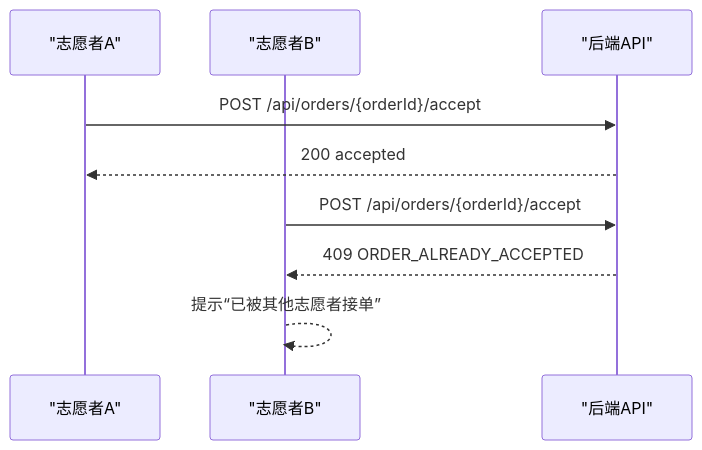
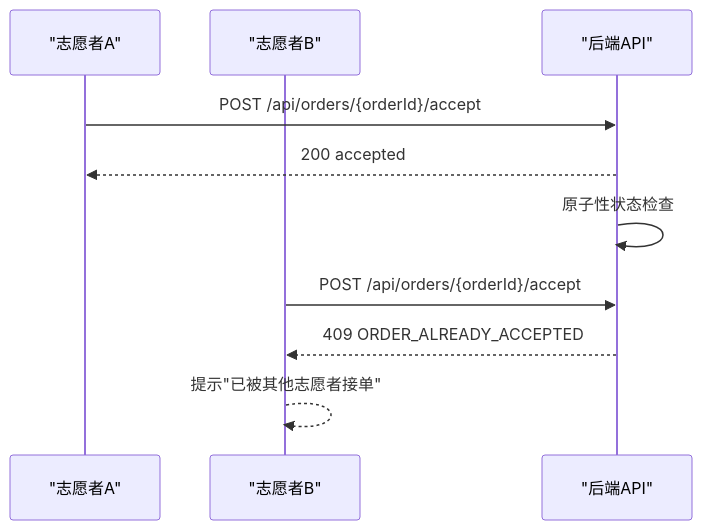
The fourth of 11 diagrams in .qoder/repowiki/zh/content/核心功能模块/志愿者功能/接单服务流程.md (Jayden23018/blind-run-ios), drawn with Mermaid before and after one commit. The commit also changed other lines of this file and 15 other files, not shown here.

````diff
--- a/.qoder/repowiki/zh/content/核心功能模块/志愿者功能/接单服务流程.md
+++ b/.qoder/repowiki/zh/content/核心功能模块/志愿者功能/接单服务流程.md
@@ -189,11 +218,12 @@
 ```mermaid
 sequenceDiagram
 participant V1 as "志愿者A"
 participant V2 as "志愿者B"
 participant API as "后端API"
 V1->>API : POST /api/orders/{orderId}/accept
 API-->>V1 : 200 accepted
+API->>API : 原子性状态检查
 V2->>API : POST /api/orders/{orderId}/accept
 API-->>V2 : 409 ORDER_ALREADY_ACCEPTED
-V2-->>V2 : 提示“已被其他志愿者接单”
+V2-->>V2 : 提示"已被其他志愿者接单"
 ```
````
